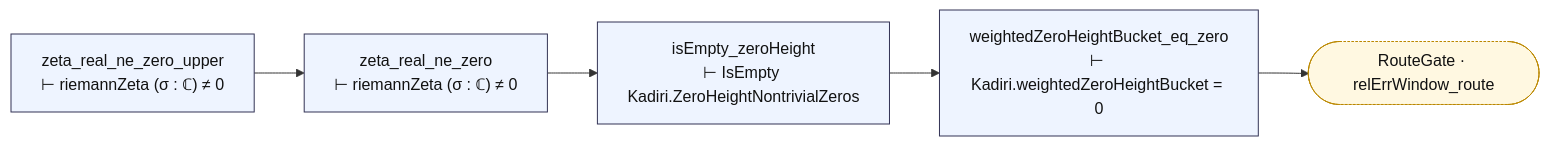
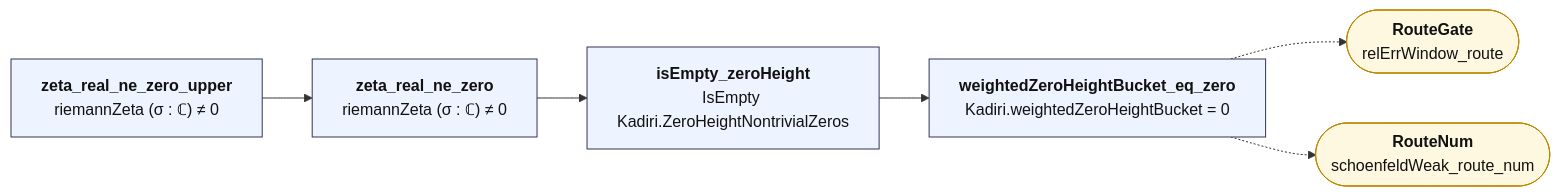
One commit to juliansambranojr/Primebeat_081426 changed the diagram in map/lean_stage3/RealSegment.md. Above: the diagram before and after it, drawn with Mermaid. The commit also changed other lines of this file and 387 other files, not shown here.

````diff
--- a/map/lean_stage3/RealSegment.md
+++ b/map/lean_stage3/RealSegment.md
@@ -8,18 +12,19 @@
 ```mermaid
 flowchart LR
-  n0["zeta_real_ne_zero_upper<br/>⊢ riemannZeta (σ : ℂ) ≠ 0"]:::thm
-  n1["zeta_real_ne_zero<br/>⊢ riemannZeta (σ : ℂ) ≠ 0"]:::thm
-  n2["isEmpty_zeroHeight<br/>⊢ IsEmpty Kadiri.ZeroHeightNontrivialZeros"]:::thm
-  n3["weightedZeroHeightBucket_eq_zero<br/>⊢ Kadiri.weightedZeroHeightBucket = 0"]:::thm
-  x0(["RouteGate · relErrWindow_route"]):::ext
+  n0["<b>zeta_real_ne_zero_upper</b><br/>riemannZeta (σ : ℂ) ≠ 0"]:::thm
+  n1["<b>zeta_real_ne_zero</b><br/>riemannZeta (σ : ℂ) ≠ 0"]:::thm
+  n2["<b>isEmpty_zeroHeight</b><br/>IsEmpty Kadiri.ZeroHeightNontrivialZeros"]:::thm
+  n3["<b>weightedZeroHeightBucket_eq_zero</b><br/>Kadiri.weightedZeroHeightBucket = 0"]:::thm
+  x0(["<b>RouteGate</b><br/>relErrWindow_route"]):::ext
+  x1(["<b>RouteNum</b><br/>schoenfeldWeak_route_num"]):::ext
   n0 --> n1
   n1 --> n2
   n2 --> n3
-  n3 --> x0
+  n3 -.-> x0
+  n3 -.-> x1
   classDef thm fill:#eef4ff,stroke:#335,color:#111
-  classDef dfn fill:#f2f2f2,stroke:#777,color:#111
   classDef end_ fill:#e7f7e7,stroke:#2a7,color:#111,stroke-width:2px
   classDef lone fill:#fff,stroke:#999,color:#111,stroke-dasharray:4 3
   classDef bad fill:#ffe5e5,stroke:#c22,color:#111,stroke-width:2px
-  classDef ext fill:#fff8e1,stroke:#b80,color:#111,stroke-dasharray:2 2
+  classDef ext fill:#fff8e1,stroke:#b80,color:#111
 ```
````
